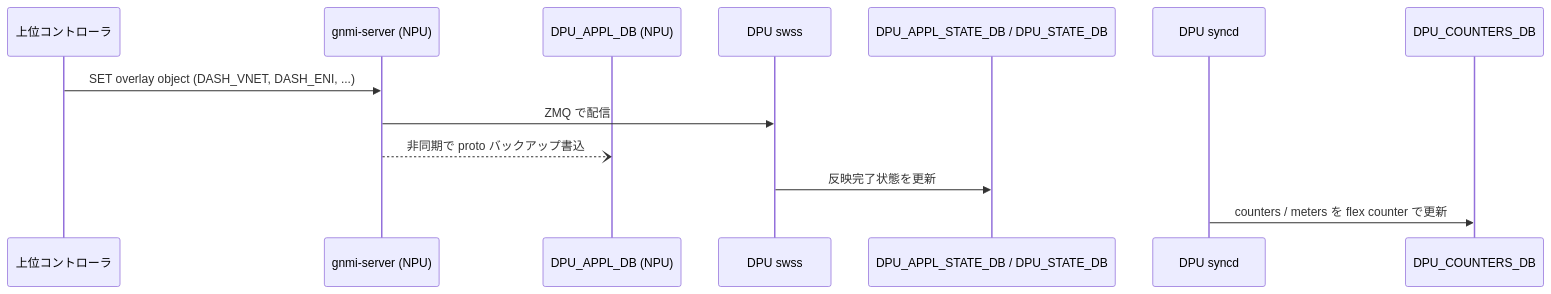
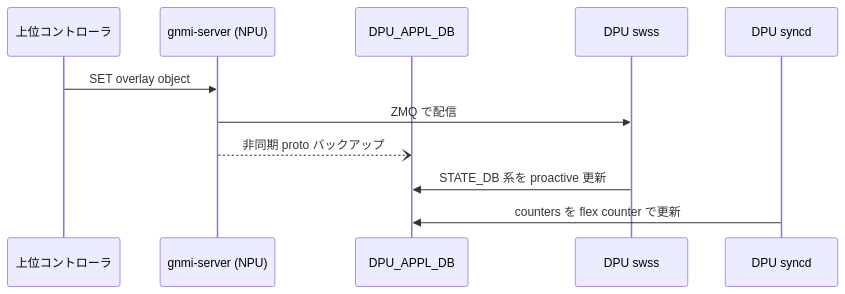
The second of 2 diagrams in docs/architecture/smart-switch-database-design.md (aoki-taquan/sonic-unofficial-docs), drawn with Mermaid before and after one commit. The commit also changed other lines of this file and 4 other files, not shown here.

First line of the commit message:
[quality] HLD architecture 5 件 再構成

````diff
--- a/docs/architecture/smart-switch-database-design.md
+++ b/docs/architecture/smart-switch-database-design.md
@@ -161,16 +110,13 @@
 ```mermaid
 sequenceDiagram
   participant CTRL as 上位コントローラ
   participant GNMI as gnmi-server (NPU)
-  participant DPUDB as DPU_APPL_DB (NPU)
+  participant DPUDB as DPU_APPL_DB
   participant SWSS as DPU swss
-  participant SDB as DPU_APPL_STATE_DB / DPU_STATE_DB
   participant SYN as DPU syncd
-  participant CDB as DPU_COUNTERS_DB
-
-  CTRL->>GNMI: SET overlay object (DASH_VNET, DASH_ENI, ...)
+  CTRL->>GNMI: SET overlay object
   GNMI->>SWSS: ZMQ で配信
-  GNMI--)DPUDB: 非同期で proto バックアップ書込
-  SWSS->>SDB: 反映完了状態を更新
-  SYN->>CDB: counters / meters を flex counter で更新
+  GNMI--)DPUDB: 非同期 proto バックアップ
+  SWSS->>DPUDB: STATE_DB 系を proactive 更新
+  SYN->>DPUDB: counters を flex counter で更新
 ```
````
